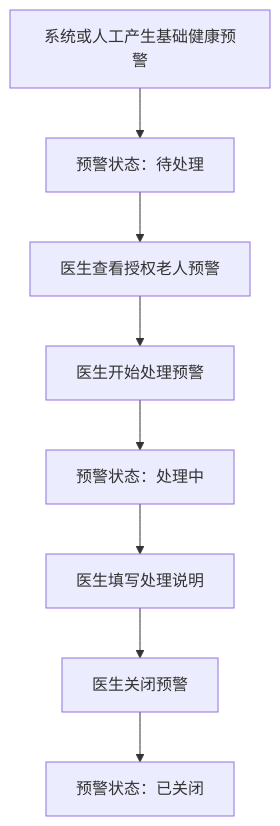
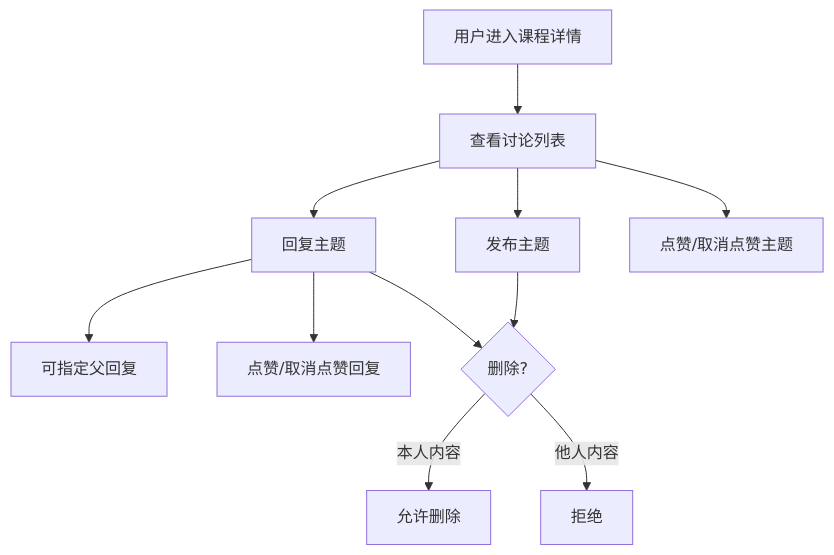
Before and after one commit to thesantaana/Care-Nexus: the eighth of 10 diagrams in docs/requirements/业务流程.md, drawn with Mermaid. The commit also changed other lines of this file, not shown here.

````diff
--- a/docs/requirements/业务流程.md
+++ b/docs/requirements/业务流程.md
@@ -305,10 +149,13 @@
 ```mermaid
 flowchart TD
-    A["系统或人工产生基础健康预警"] --> B["预警状态：待处理"]
-    B --> C["医生查看授权老人预警"]
-    C --> D["医生开始处理预警"]
-    D --> E["预警状态：处理中"]
-    E --> F["医生填写处理说明"]
-    F --> G["医生关闭预警"]
-    G --> H["预警状态：已关闭"]
+    A[用户进入课程详情] --> B[查看讨论列表]
+    B --> C[发布主题]
+    B --> D[回复主题]
+    D --> E[可指定父回复]
+    B --> F[点赞/取消点赞主题]
+    D --> G[点赞/取消点赞回复]
+    C --> H{删除?}
+    D --> H
+    H -- 本人内容 --> I[允许删除]
+    H -- 他人内容 --> J[拒绝]
 ```
````
